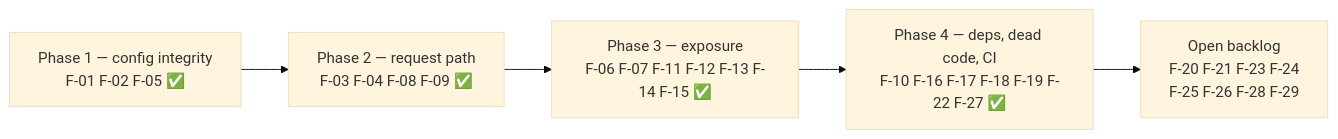
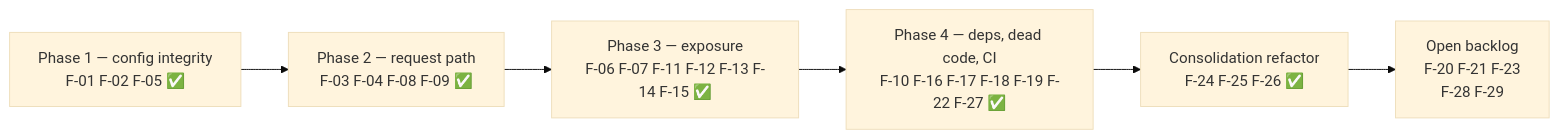
The diagram in docs/architecture/07-findings-register.md (matthewdcage/llm-swarm-router), drawn with Mermaid (base theme) before and after one commit. The commit also changed other lines of this file and 77 other files, not shown here.

````diff
--- a/docs/architecture/07-findings-register.md
+++ b/docs/architecture/07-findings-register.md
@@ -33,7 +38,8 @@
 ```mermaid
 flowchart LR
     W1["Phase 1 — config integrity<br/>F-01 F-02 F-05 ✅"] --> W2["Phase 2 — request path<br/>F-03 F-04 F-08 F-09 ✅"]
     W2 --> W3["Phase 3 — exposure<br/>F-06 F-07 F-11 F-12 F-13 F-14 F-15 ✅"]
     W3 --> W4["Phase 4 — deps, dead code, CI<br/>F-10 F-16 F-17 F-18 F-19 F-22 F-27 ✅"]
-    W4 --> W5["Open backlog<br/>F-20 F-21 F-23 F-24<br/>F-25 F-26 F-28 F-29"]
+    W4 --> W5["Consolidation refactor<br/>F-24 F-25 F-26 ✅"]
+    W5 --> W6["Open backlog<br/>F-20 F-21 F-23<br/>F-28 F-29"]
 ```
````
